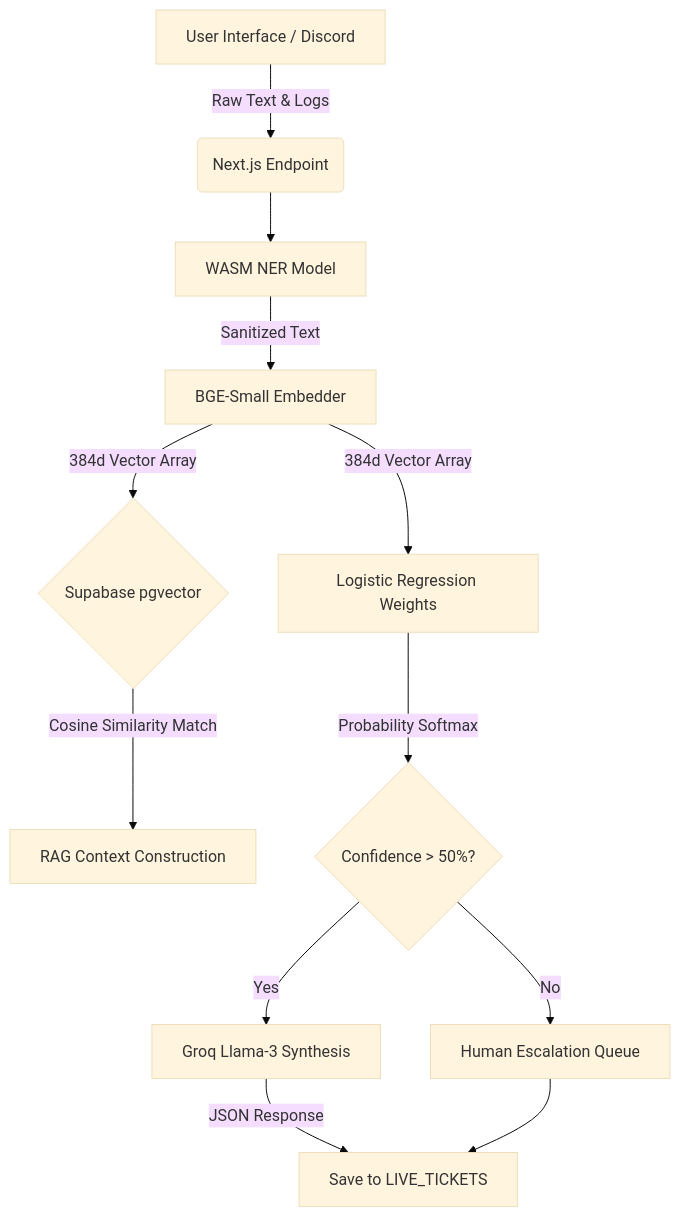
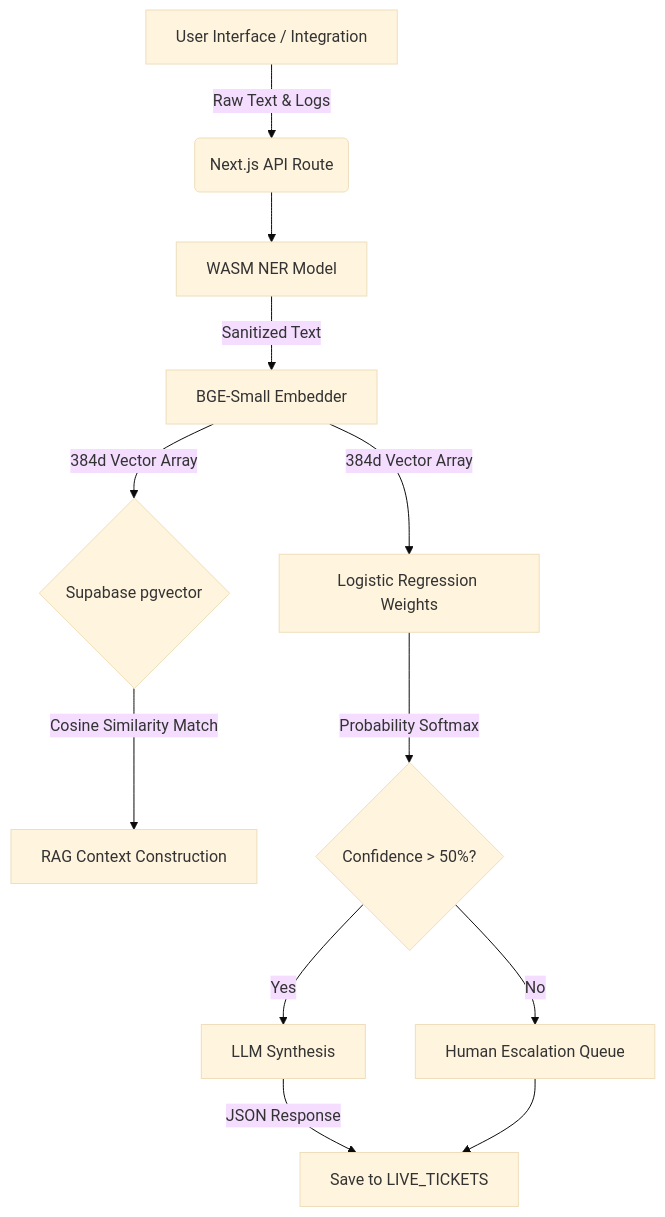
One commit to trishakapoor/NASSCOM-helpdesk changed the second of 4 diagrams in PROJECT_DESCRIPTION.md. Above: the diagram before and after it, drawn with Mermaid (base theme). The commit also changed other lines of this file and 4 other files, not shown here.

````diff
--- a/PROJECT_DESCRIPTION.md
+++ b/PROJECT_DESCRIPTION.md
@@ -67,14 +72,14 @@
 ```mermaid
 graph TD
-    A[User Interface / Discord] -->|Raw Text & Logs| B(Next.js Endpoint)
+    A[User Interface / Integration] -->|Raw Text & Logs| B(Next.js API Route)
     B --> C[WASM NER Model]
     C -->|Sanitized Text| D[BGE-Small Embedder]
     D -->|384d Vector Array| E{Supabase pgvector}
     E -->|Cosine Similarity Match| F[RAG Context Construction]
     D -->|384d Vector Array| G[Logistic Regression Weights]
     G -->|Probability Softmax| H{Confidence > 50%?}
-    H -- Yes --> I[Groq Llama-3 Synthesis]
+    H -- Yes --> I[LLM Synthesis]
     H -- No --> J[Human Escalation Queue]
     I -->|JSON Response| K[Save to LIVE_TICKETS]
     J --> K
 ```
````
